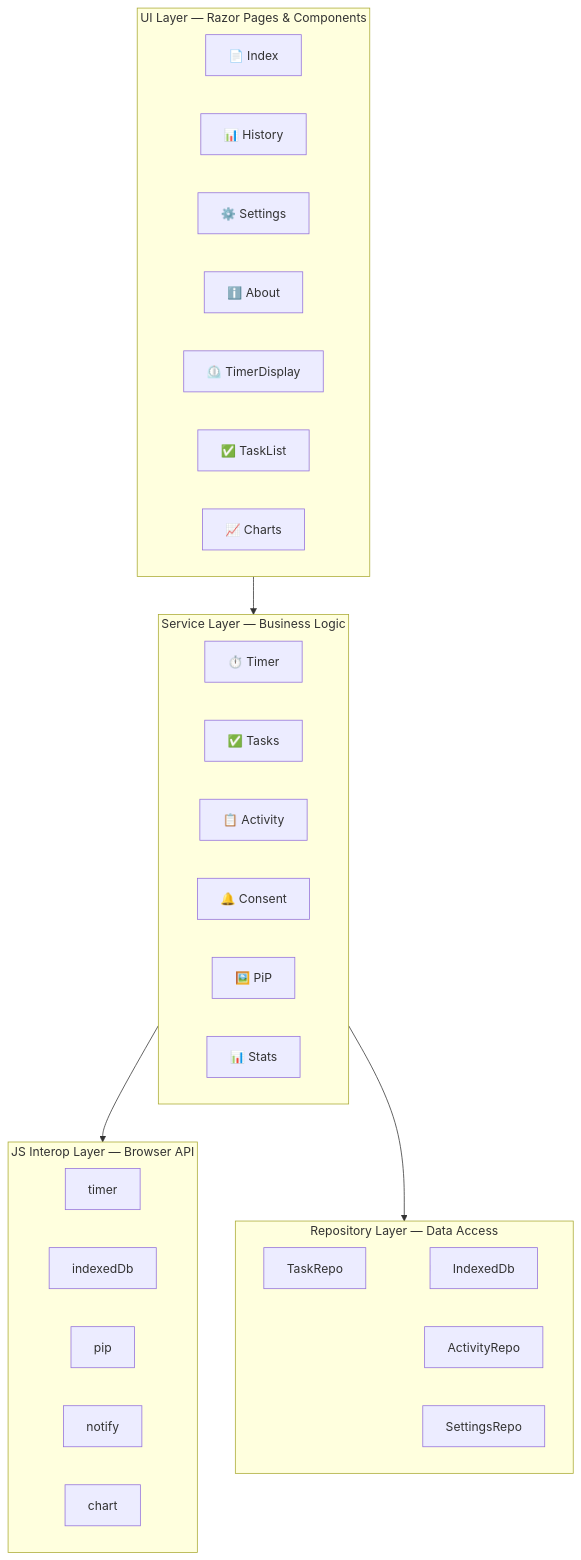
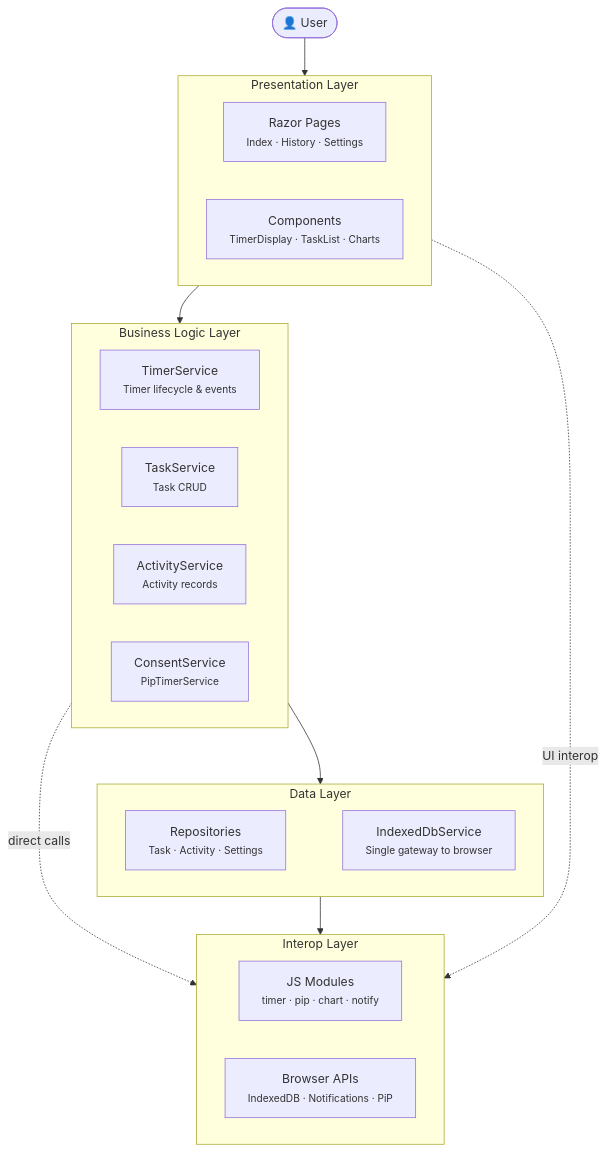
The first of 11 diagrams in CODEMAP.md (Nayeem170/Pomodoro), drawn with Mermaid before and after one commit.

Commit message:
docs: redesign Architecture Overview with user entry point, layer descriptions, and interop bypass paths

````diff
--- a/CODEMAP.md
+++ b/CODEMAP.md
@@ -7,45 +7,38 @@
 ```mermaid
 graph TB
-    subgraph UI["UI Layer — Razor Pages & Components"]
+    User(["👤 User"])
+
+    subgraph UI["Presentation Layer"]
         direction LR
-        Index["📄 Index"]
-        History["📊 History"]
-        Settings["⚙️ Settings"]
-        About["ℹ️ About"]
-        TimerDisplay["⏲️ TimerDisplay"]
-        TaskList["✅ TaskList"]
-        Charts["📈 Charts"]
+        Pages["Razor Pages<br/><small>Index · History · Settings</small>"]
+        Components["Components<br/><small>TimerDisplay · TaskList · Charts</small>"]
     end
 
-    subgraph Services["Service Layer — Business Logic"]
+    subgraph Logic["Business Logic Layer"]
         direction LR
-        Timer["⏱️ Timer"]
-        Task["✅ Tasks"]
-        Activity["📋 Activity"]
-        Consent["🔔 Consent"]
-        Pip["🖼️ PiP"]
-        Stats["📊 Stats"]
+        Timer["TimerService<br/><small>Timer lifecycle & events</small>"]
+        Tasks["TaskService<br/><small>Task CRUD</small>"]
+        Activity["ActivityService<br/><small>Activity records</small>"]
+        Cross["ConsentService<br/><small>PipTimerService</small>"]
     end
 
-    subgraph Repos["Repository Layer — Data Access"]
+    subgraph Data["Data Layer"]
         direction LR
-        TaskRepo["TaskRepo"]
-        ActRepo["ActivityRepo"]
-        SettingsRepo["SettingsRepo"]
-        IDB["IndexedDb"]
+        Repos["Repositories<br/><small>Task · Activity · Settings</small>"]
+        IDB["IndexedDbService<br/><small>Single gateway to browser</small>"]
     end
 
-    subgraph JS["JS Interop Layer — Browser API"]
+    subgraph Bridge["Interop Layer"]
         direction LR
-        TimerJS["timer"]
-        IDBJS["indexedDb"]
-        PipJS["pip"]
-        NotifJS["notify"]
-        ChartJS["chart"]
+        Modules["JS Modules<br/><small>timer · pip · chart · notify</small>"]
+        Browser["Browser APIs<br/><small>IndexedDB · Notifications · PiP</small>"]
     end
 
-    UI --> Services
-    Services --> Repos
-    Repos --> IDB
-    Services --> JS
+    User --> UI
+    UI --> Logic
+    Logic --> Data
+    Data --> IDB
+    IDB --> Bridge
+    Logic -.->|"direct calls"| Bridge
+    UI -.->|"UI interop"| Bridge
 ```
````
